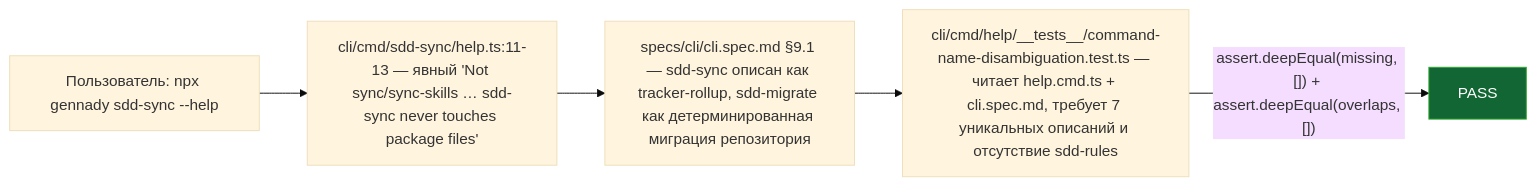
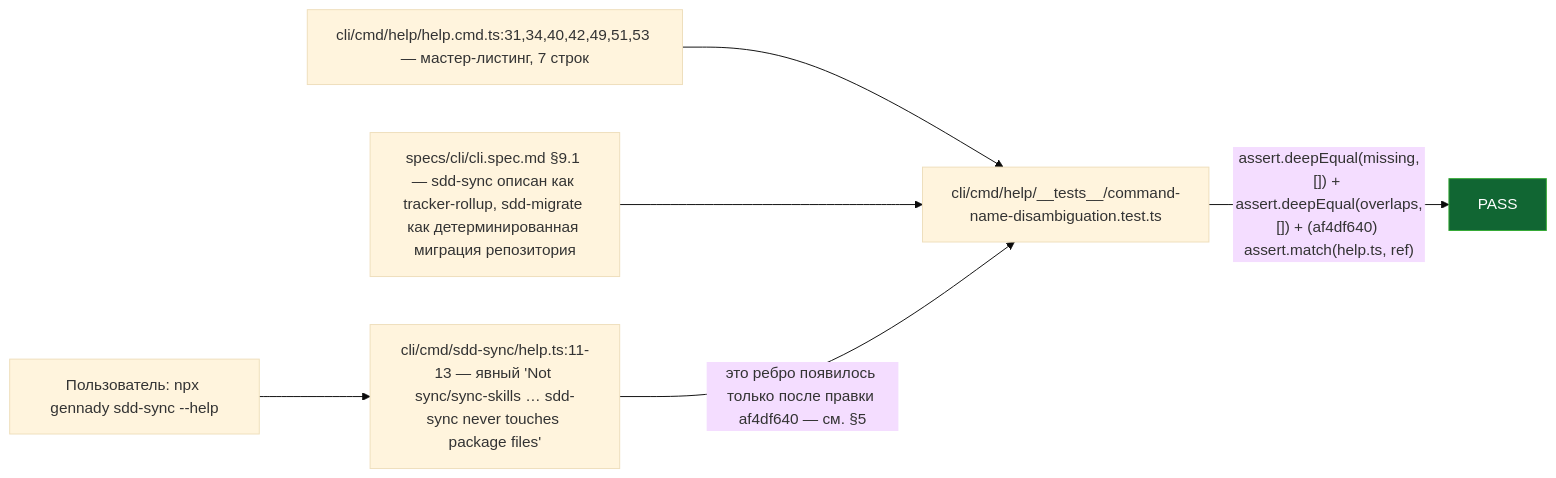
Before and after one commit to RubaXa/gennady: the second of 2 diagrams in ai/drafts/research/sdd-v1-to-v2-transfer/_raw/reports/R-SO-14.md, drawn with Mermaid (base theme). The commit also changed other lines of this file and 4 other files, not shown here.

````diff
--- a/ai/drafts/research/sdd-v1-to-v2-transfer/_raw/reports/R-SO-14.md
+++ b/ai/drafts/research/sdd-v1-to-v2-transfer/_raw/reports/R-SO-14.md
@@ -44,12 +46,14 @@
 ```mermaid
 flowchart LR
   U["Пользователь: npx gennady sdd-sync --help"]
   H1["cli/cmd/sdd-sync/help.ts:11-13 — явный 'Not sync/sync-skills … sdd-sync never touches package files'"]
+  HELPCMD["cli/cmd/help/help.cmd.ts:31,34,40,42,49,51,53 — мастер-листинг, 7 строк"]
   MAP["specs/cli/cli.spec.md §9.1 — sdd-sync описан как tracker-rollup, sdd-migrate как детерминированная миграция репозитория"]
-  LOCK["cli/cmd/help/__tests__/command-name-disambiguation.test.ts — читает help.cmd.ts + cli.spec.md, требует 7 уникальных описаний и отсутствие sdd-rules"]
+  LOCK["cli/cmd/help/__tests__/command-name-disambiguation.test.ts"]
   U --> H1
-  H1 --> MAP
+  HELPCMD --> LOCK
   MAP --> LOCK
-  LOCK -->|"assert.deepEqual(missing, []) + assert.deepEqual(overlaps, [])"| PASS["PASS"]
+  H1 -->|"это ребро появилось только после правки af4df640 — см. §5"| LOCK
+  LOCK -->|"assert.deepEqual(missing,[]) + assert.deepEqual(overlaps,[]) + (af4df640) assert.match(help.ts, ref)"| PASS["PASS"]
   style PASS fill:#163,stroke:#3a3,color:#fff
 ```
````
